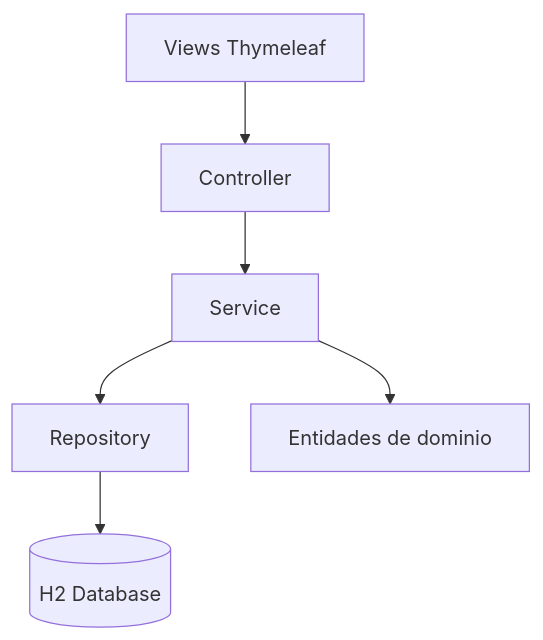
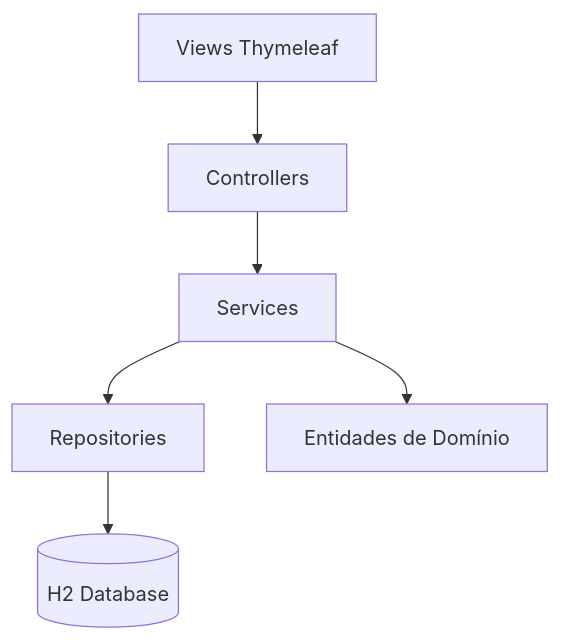
Before and after one commit to jrcfxx/SistemaAluguelCarros: the second of 3 diagrams in README.md, drawn with Mermaid. The commit also changed other lines of this file, not shown here.

````diff
--- a/README.md
+++ b/README.md
@@ -71,8 +113,8 @@
 ```mermaid
 flowchart TD
-    UI[Views Thymeleaf] --> Controller
-    Controller --> Service
-    Service --> Repository
-    Repository --> H2[(H2 Database)]
-    Service --> Domain[Entidades de dominio]
+    Views[Views Thymeleaf] --> Controller[Controllers]
+    Controller --> Service[Services]
+    Service --> Repository[Repositories]
+    Repository --> Database[(H2 Database)]
+    Service --> Domain[Entidades de Domínio]
 ```
````
